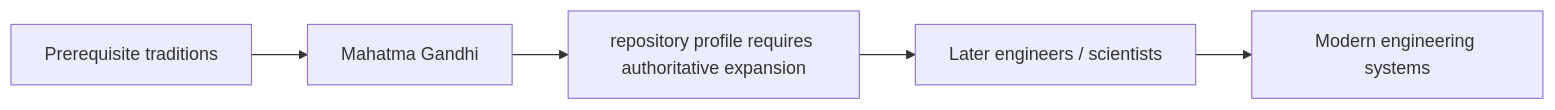
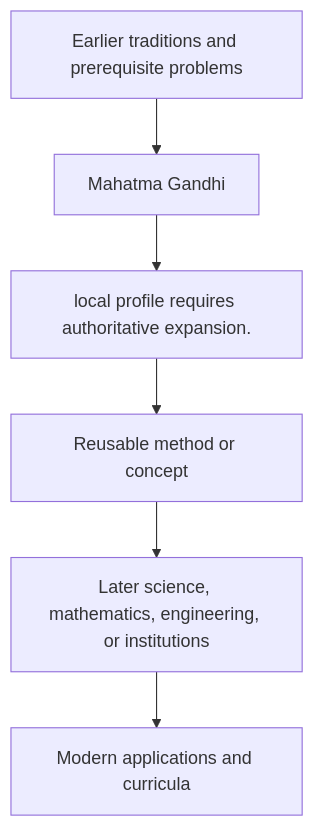
The diagram in docs/history/mahatma-gandhi/influence.md (via-decide/ViaLogic), drawn with Mermaid before and after one commit. The commit also changed other lines of this file and 858 other files, not shown here.

````diff
--- a/docs/history/mahatma-gandhi/influence.md
+++ b/docs/history/mahatma-gandhi/influence.md
@@ -29,7 +16,8 @@
 ```mermaid
-graph LR
-  prerequisites["Prerequisite traditions"] --> current["Mahatma Gandhi"]
-  current --> contribution["repository profile requires authoritative expansion"]
-  contribution --> successors["Later engineers / scientists"]
-  successors --> modern["Modern engineering systems"]
+graph TD
+  Prior[Earlier traditions and prerequisite problems] --> Person[Mahatma Gandhi]
+  Person --> Contribution[local profile requires authoritative expansion.]
+  Contribution --> Method[Reusable method or concept]
+  Method --> Later[Later science, mathematics, engineering, or institutions]
+  Later --> Modern[Modern applications and curricula]
 ```
````
